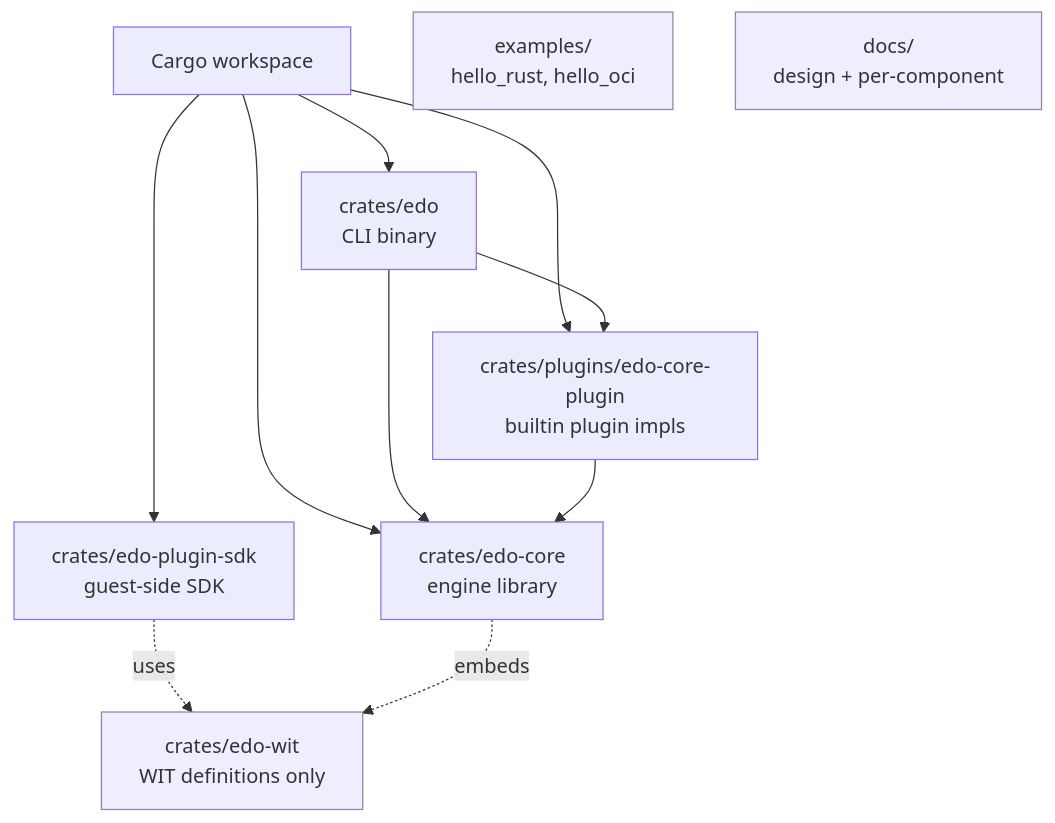
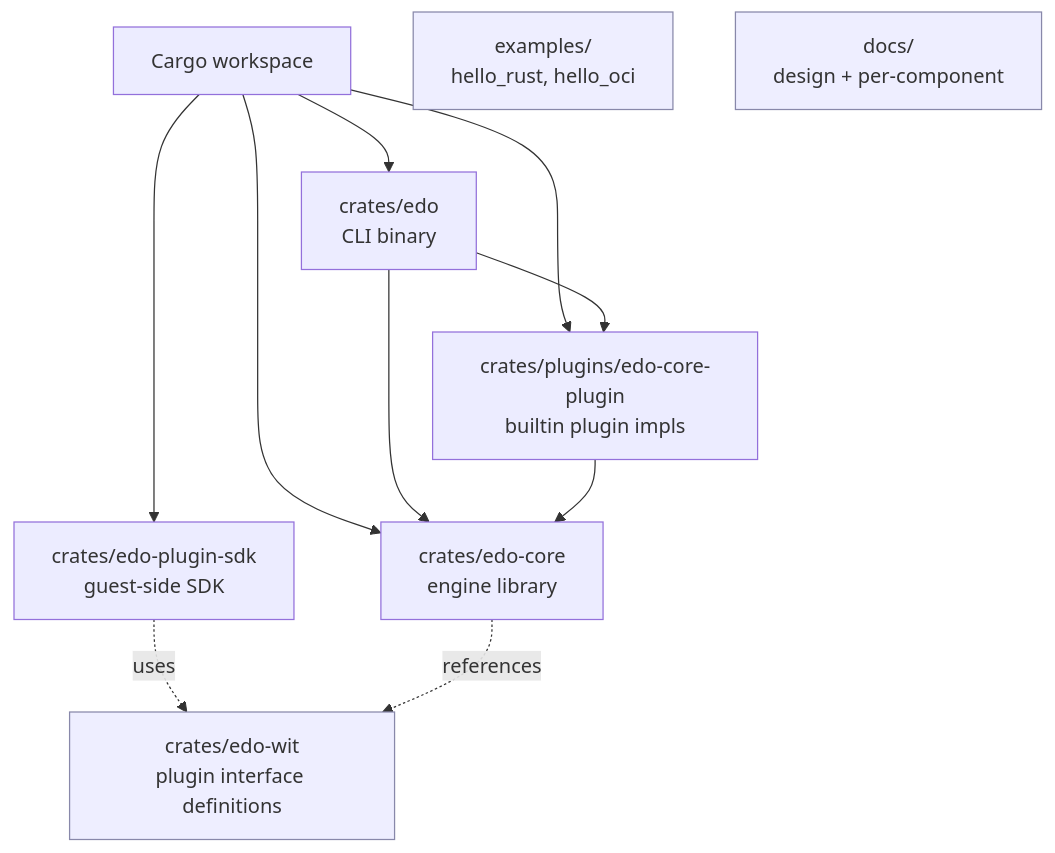
Before and after one commit to jmt-lab/edo: the diagram in .agents/summary/codebase_info.md, drawn with Mermaid. The commit also changed other lines of this file and 12 other files, not shown here.

Commit message:
docs: remove references to sunsetted plugin interface

````diff
--- a/.agents/summary/codebase_info.md
+++ b/.agents/summary/codebase_info.md
@@ -30,19 +29,19 @@
 ```mermaid
 graph TB
     WS[Cargo workspace]
     WS --> EDO[crates/edo<br/>CLI binary]
     WS --> CORE[crates/edo-core<br/>engine library]
     WS --> SDK[crates/edo-plugin-sdk<br/>guest-side SDK]
     WS --> COREP[crates/plugins/edo-core-plugin<br/>builtin plugin impls]
-    WIT[crates/edo-wit<br/>WIT definitions only]:::note
+    WIT[crates/edo-wit<br/>plugin interface definitions]:::note
     EX[examples/<br/>hello_rust, hello_oci]:::note
     DOCS[docs/<br/>design + per-component]:::note
 
     EDO --> CORE
     EDO --> COREP
     COREP --> CORE
     SDK -. uses .-> WIT
-    CORE -. embeds .-> WIT
+    CORE -. references .-> WIT
 
     classDef note fill:#eef,stroke:#88a;
 ```
````
